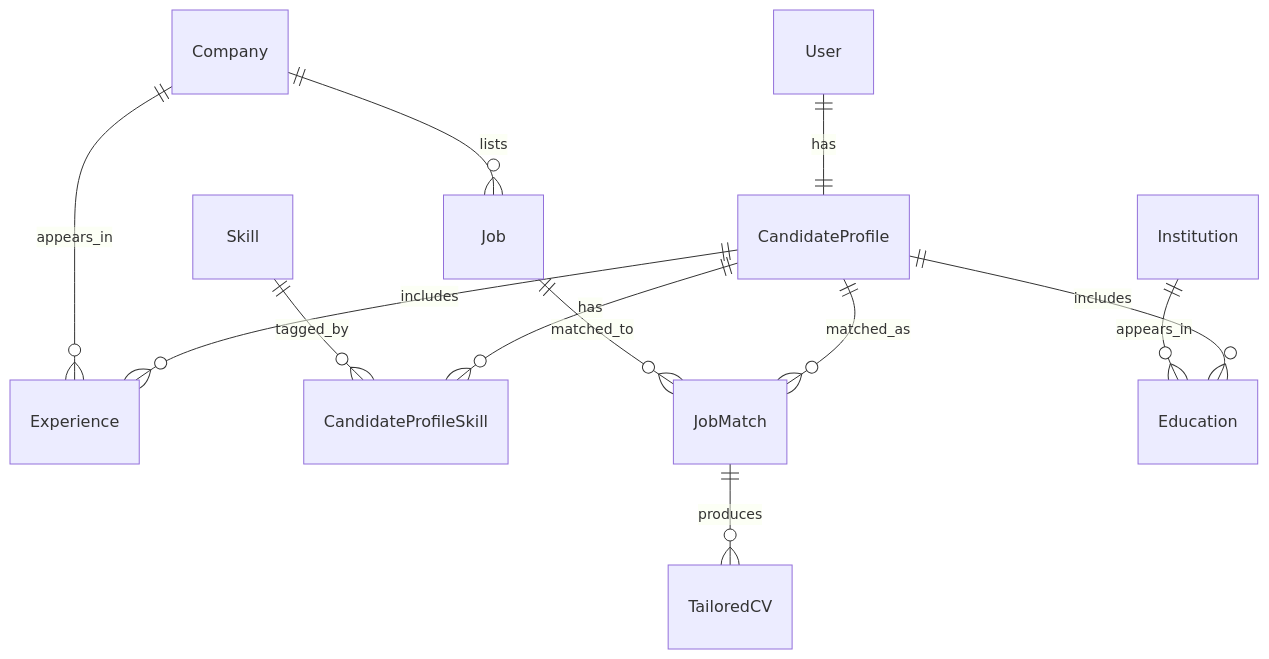
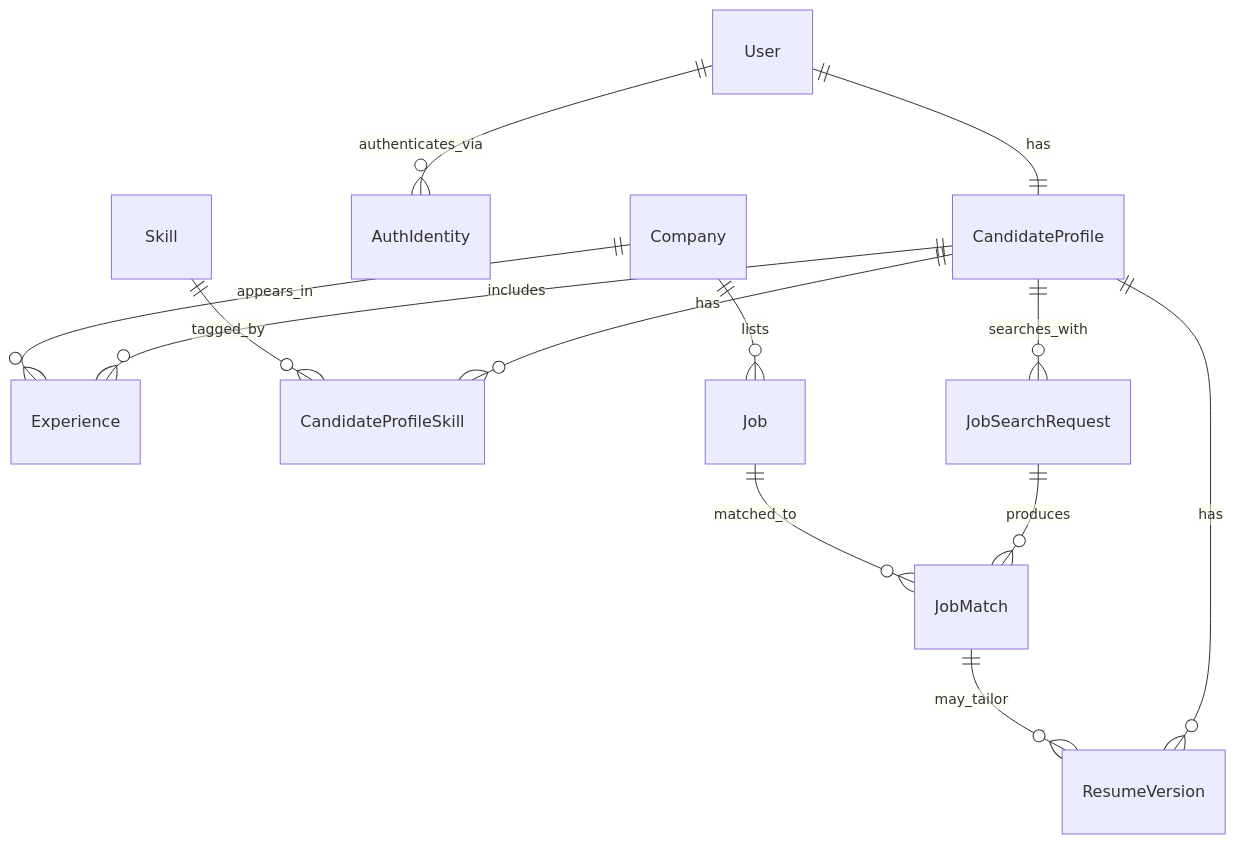
The diagram in docs/architecture/data.md (shira-ozana/career-ai), drawn with Mermaid before and after one commit. The commit also changed other lines of this file and 31 other files, not shown here.

````diff
--- a/docs/architecture/data.md
+++ b/docs/architecture/data.md
@@ -144,14 +181,15 @@
 ```mermaid
 erDiagram
     User ||--|| CandidateProfile : has
+    User ||--o{ AuthIdentity : authenticates_via
     CandidateProfile ||--o{ Experience : includes
     Company ||--o{ Experience : appears_in
     CandidateProfile ||--o{ CandidateProfileSkill : has
     Skill ||--o{ CandidateProfileSkill : tagged_by
     Company ||--o{ Job : lists
-    CandidateProfile ||--o{ JobMatch : matched_as
+    CandidateProfile ||--o{ JobSearchRequest : searches_with
+    JobSearchRequest ||--o{ JobMatch : produces
     Job ||--o{ JobMatch : matched_to
-    JobMatch ||--o{ TailoredCV : produces
-    CandidateProfile ||--o{ Education : includes
-    Institution ||--o{ Education : appears_in
+    CandidateProfile ||--o{ ResumeVersion : has
+    JobMatch ||--o{ ResumeVersion : may_tailor
 ```
````
